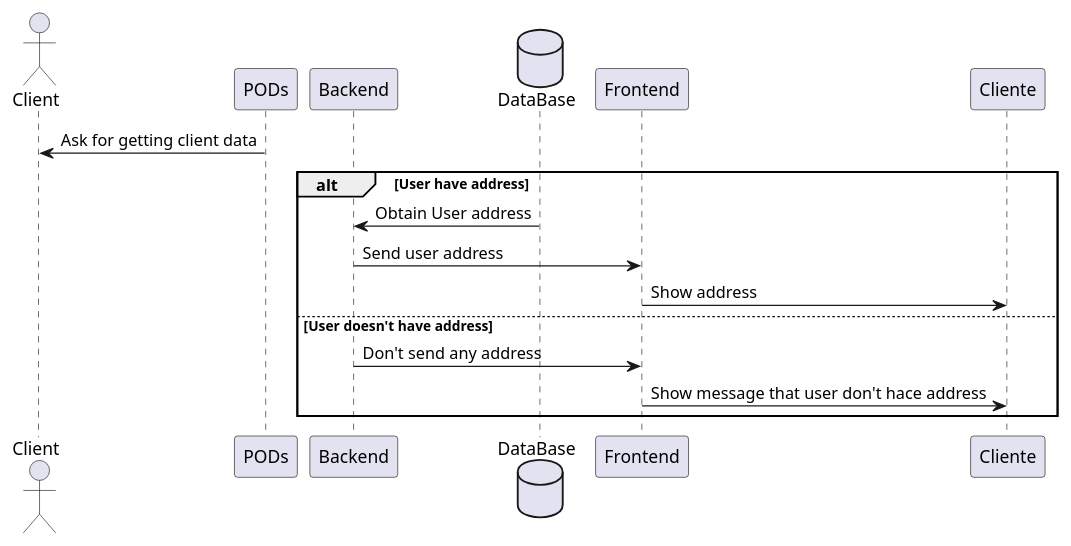
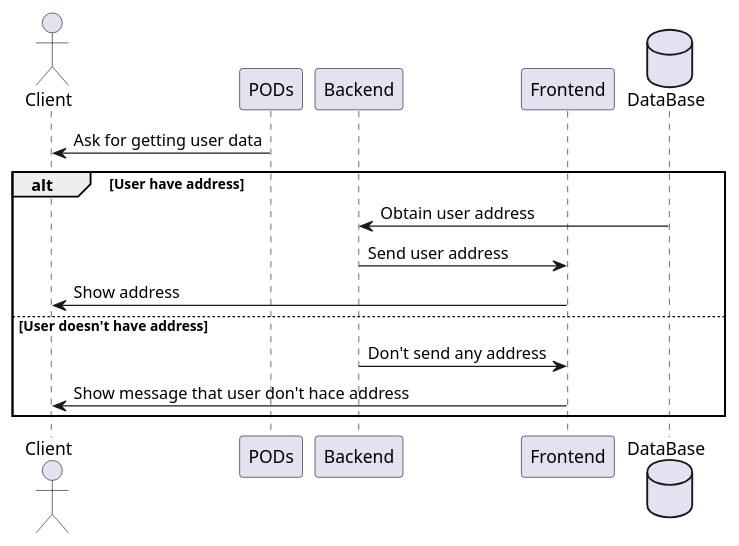
Before and after one commit to Arquisoft/dede_es1a: the sixth of 6 diagrams in docs/06_runtime_view.adoc, drawn with PlantUML.

Commit message:
HotFix diagrama doc direccion de usuario

```diff
--- a/docs/06_runtime_view.adoc
+++ b/docs/06_runtime_view.adoc
@@ -106,16 +106,17 @@
 [plantuml,"ObtainUserAddress",png]
 ----
 actor Client
 participant PODs
 participant Backend
+participant Frontend
 database "DataBase"
-PODs -> Client: Ask for getting client data 
+PODs -> Client: Ask for getting user data 
 alt User have address
-    DataBase -> Backend: Obtain User address
+    DataBase -> Backend: Obtain user address
     Backend -> Frontend: Send user address
-    Frontend -> Cliente: Show address
+    Frontend -> Client: Show address
 else User doesn't have address
     Backend -> Frontend: Don't send any address
-    Frontend -> Cliente: Show message that user don't hace address
+    Frontend -> Client: Show message that user don't hace address
 end
 ----
```
